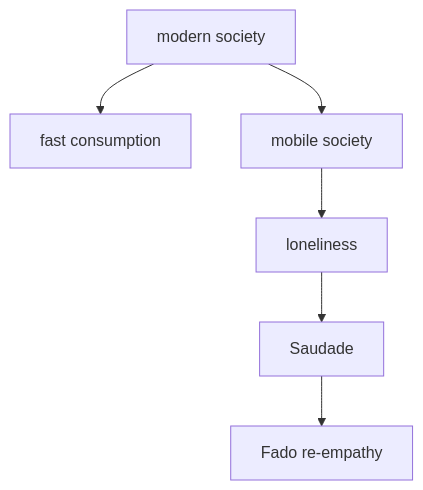
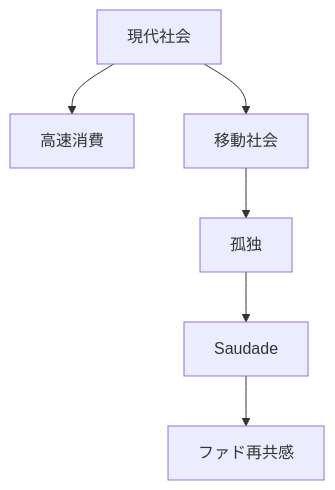
Before and after one commit to monumental-movement/monumental-movement.github.io: diagram 12 of 12 in en/_posts/2026-05-16-column-fado.md, drawn with Mermaid. The commit also changed other lines of this file and 2196 other files, not shown here.

```diff
--- a/en/_posts/2026-05-16-column-fado.md
+++ b/en/_posts/2026-05-16-column-fado.md
@@ -595,8 +594,8 @@
 <div class="mermaid">
 flowchart TD
-A[modern society] --> B[fast consumption]
-A --> C[mobile society]
-C --> D[loneliness]
+A[現代社会] --> B[高速消費]
+A --> C[移動社会]
+C --> D[孤独]
 D --> E[Saudade]
-E --> F[Fado re-empathy]
+E --> F[ファド再共感]
 </div>
```
